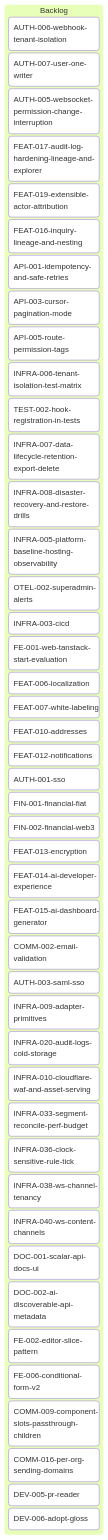
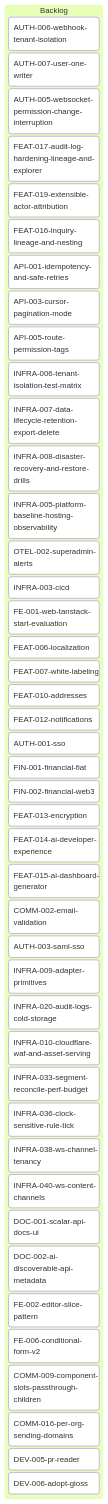
One commit to inixiative/template changed the diagram in tickets/kanban-backlog.md. Above: the diagram before and after it, drawn with Mermaid. The commit also changed other lines of this file and 2 other files, not shown here.

First line of the commit message:
docs: close TEST-002 without the pairing helper (#283)

````diff
--- a/tickets/kanban-backlog.md
+++ b/tickets/kanban-backlog.md
@@ -3,53 +3,52 @@
 ```mermaid
 ---
 config:
   kanban:
     ticketBaseUrl: 'https://github.com/yourorg/template/blob/main/tickets/#TICKET#'
 ---
 kanban
   Backlog
     AUTH-006-webhook-tenant-isolation
     AUTH-007-user-one-writer
     AUTH-005-websocket-permission-change-interruption
     FEAT-017-audit-log-hardening-lineage-and-explorer
     FEAT-019-extensible-actor-attribution
     FEAT-016-inquiry-lineage-and-nesting
     API-001-idempotency-and-safe-retries
     API-003-cursor-pagination-mode
     API-005-route-permission-tags
     INFRA-006-tenant-isolation-test-matrix
-    TEST-002-hook-registration-in-tests
     INFRA-007-data-lifecycle-retention-export-delete
     INFRA-008-disaster-recovery-and-restore-drills
     INFRA-005-platform-baseline-hosting-observability
     OTEL-002-superadmin-alerts
     INFRA-003-cicd
     FE-001-web-tanstack-start-evaluation
     FEAT-006-localization
     FEAT-007-white-labeling
     FEAT-010-addresses
     FEAT-012-notifications
     AUTH-001-sso
     FIN-001-financial-fiat
     FIN-002-financial-web3
     FEAT-013-encryption
     FEAT-014-ai-developer-experience
     FEAT-015-ai-dashboard-generator
     COMM-002-email-validation
     AUTH-003-saml-sso
     INFRA-009-adapter-primitives
     INFRA-020-audit-logs-cold-storage
     INFRA-010-cloudflare-waf-and-asset-serving
     INFRA-033-segment-reconcile-perf-budget
     INFRA-036-clock-sensitive-rule-tick
     INFRA-038-ws-channel-tenancy
     INFRA-040-ws-content-channels
     DOC-001-scalar-api-docs-ui
     DOC-002-ai-discoverable-api-metadata
     FE-002-editor-slice-pattern
     FE-006-conditional-form-v2
     COMM-009-component-slots-passthrough-children
     COMM-016-per-org-sending-domains
     DEV-005-pr-reader
     DEV-006-adopt-gloss
 ```
````
